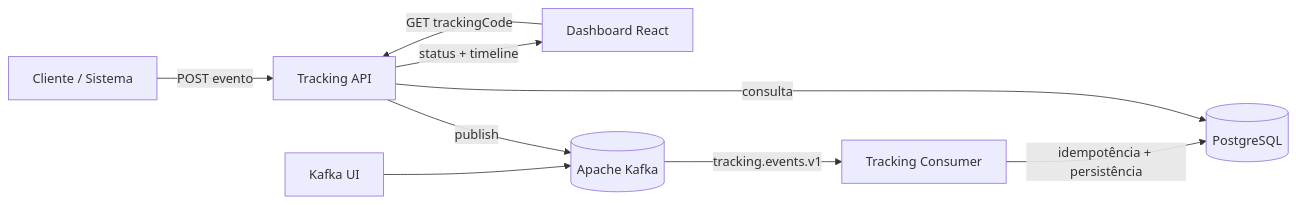
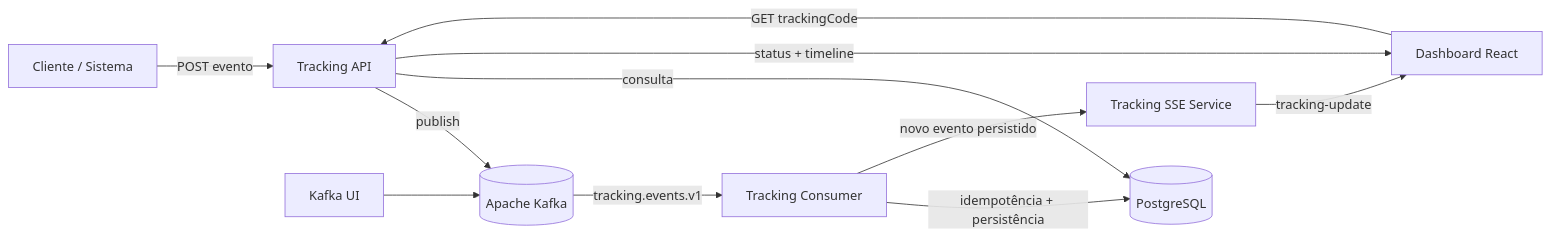
Before and after one commit to juceliocoelho2022/logiflow-tracking-system: the diagram in README.md, drawn with Mermaid. The commit also changed other lines of this file, not shown here.

Commit message:
docs: document realtime SSE dashboard

````diff
--- a/README.md
+++ b/README.md
@@ -68,13 +75,16 @@
 ```mermaid
 flowchart LR
     A[Cliente / Sistema] -->|POST evento| B[Tracking API]
     B -->|publish| C[(Apache Kafka)]
     C -->|tracking.events.v1| D[Tracking Consumer]
     D -->|idempotência + persistência| E[(PostgreSQL)]
 
     F[Dashboard React] -->|GET trackingCode| B
     B -->|consulta| E
     B -->|status + timeline| F
 
-    G[Kafka UI] --> C
+    D -->|novo evento persistido| G[Tracking SSE Service]
+    G -->|tracking-update| F
+
+    H[Kafka UI] --> C
 ```
````
